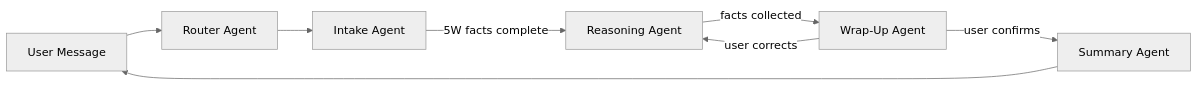
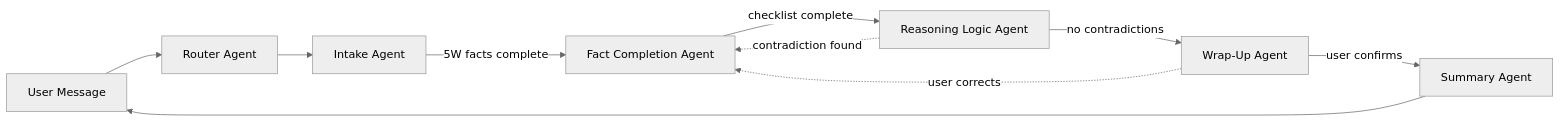
Before and after one commit to apurvdeodhar/sumii-mobile-api: the diagram in app/services/agents/README.md, drawn with Mermaid (neutral theme). The commit also changed other lines of this file and 17 other files, not shown here.

````diff
--- a/app/services/agents/README.md
+++ b/app/services/agents/README.md
@@ -7,10 +7,12 @@
 ```mermaid
 flowchart LR
     User[User Message] --> Router[Router Agent]
     Router --> Intake[Intake Agent]
-    Intake --> |"5W facts complete"| Reasoning[Reasoning Agent]
-    Reasoning --> |"facts collected"| WrapUp[Wrap-Up Agent]
+    Intake --> |"5W facts complete"| FactComp[Fact Completion Agent]
+    FactComp --> |"checklist complete"| Reasoning[Reasoning Logic Agent]
+    Reasoning --> |"no contradictions"| WrapUp[Wrap-Up Agent]
+    Reasoning -.-> |"contradiction found"| FactComp
     WrapUp --> |"user confirms"| Summary[Summary Agent]
-    WrapUp --> |"user corrects"| Reasoning
+    WrapUp -.-> |"user corrects"| FactComp
     Summary --> User
 ```
````
